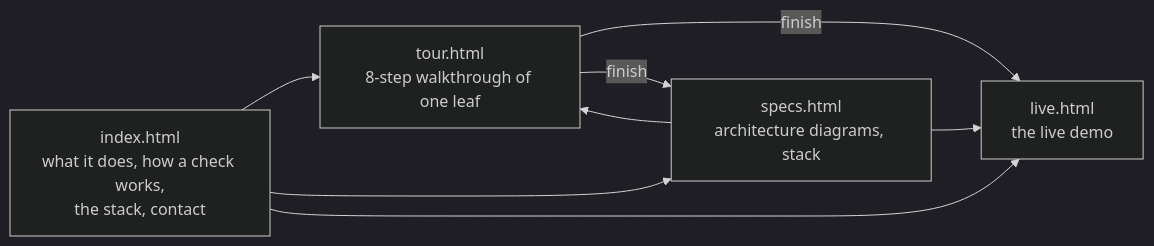
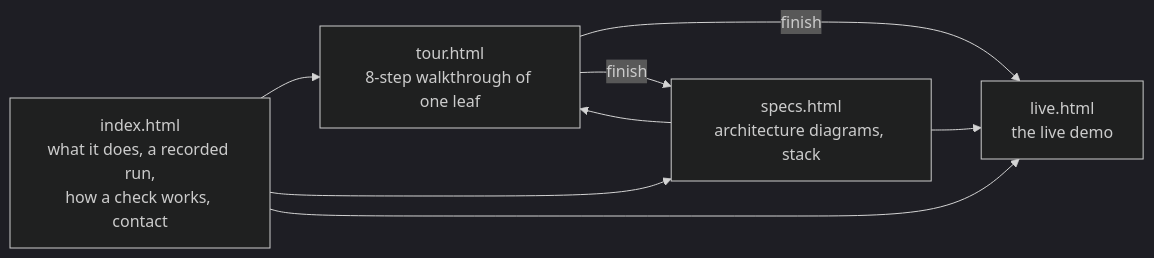
Before and after one commit to aakashksen/sprout: the first of 3 diagrams in docs/architecture/website.md, drawn with Mermaid (dark theme). The commit also changed other lines of this file and 7 other files, not shown here.

````diff
--- a/docs/architecture/website.md
+++ b/docs/architecture/website.md
@@ -9,10 +9,10 @@
 ```mermaid
 flowchart LR
-    HOME["index.html<br/>what it does, how a check works,<br/>the stack, contact"] --> TOUR["tour.html<br/>8-step walkthrough of one leaf"]
+    HOME["index.html<br/>what it does, a recorded run,<br/>how a check works, contact"] --> TOUR["tour.html<br/>8-step walkthrough of one leaf"]
     HOME --> SPECS["specs.html<br/>architecture diagrams, stack"]
     HOME --> LIVE["live.html<br/>the live demo"]
     TOUR -->|finish| LIVE
     TOUR -->|finish| SPECS
     SPECS --> TOUR
     SPECS --> LIVE
 ```
````
